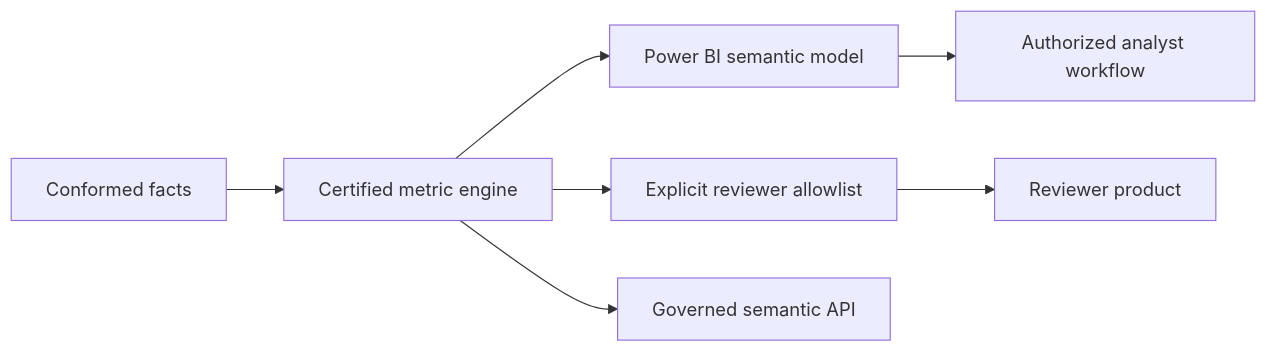
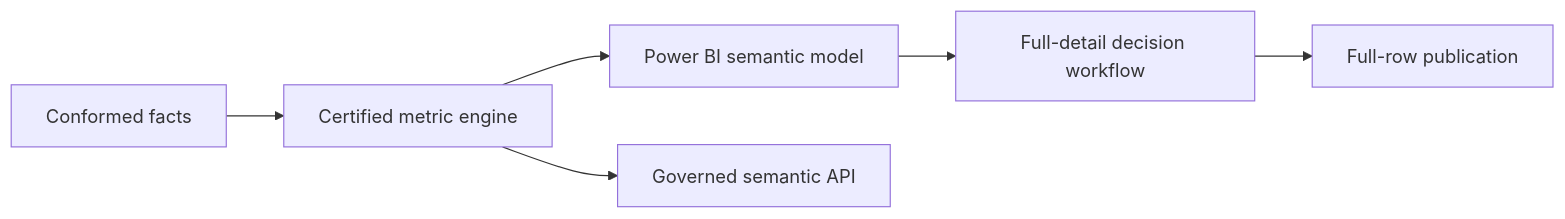
One commit to vaibhavkhuranaaa/freddie-mac-mbs-disclosure-analytics changed the second of 3 diagrams in docs/architecture.md. Above: the diagram before and after it, drawn with Mermaid. The commit also changed other lines of this file and 85 other files, not shown here.

````diff
--- a/docs/architecture.md
+++ b/docs/architecture.md
@@ -33,9 +35,8 @@
 ```mermaid
 flowchart LR
   A["Conformed facts"] --> B["Certified metric engine"]
   B --> C["Power BI semantic model"]
-  C --> D["Authorized analyst workflow"]
-  B --> E["Explicit reviewer allowlist"]
-  E --> F["Reviewer product"]
-  B --> G["Governed semantic API"]
+  C --> D["Full-detail decision workflow"]
+  B --> E["Governed semantic API"]
+  D --> F["Full-row publication"]
 ```
````
